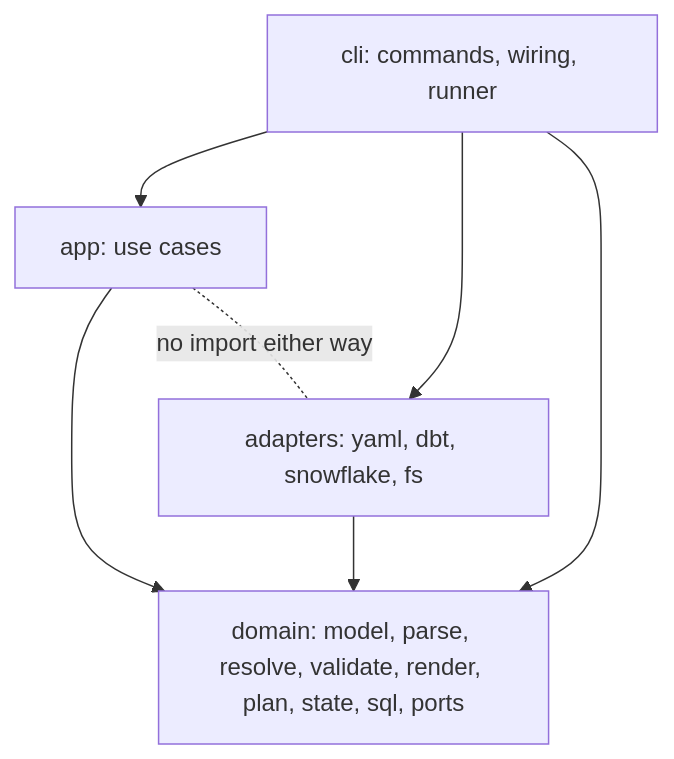
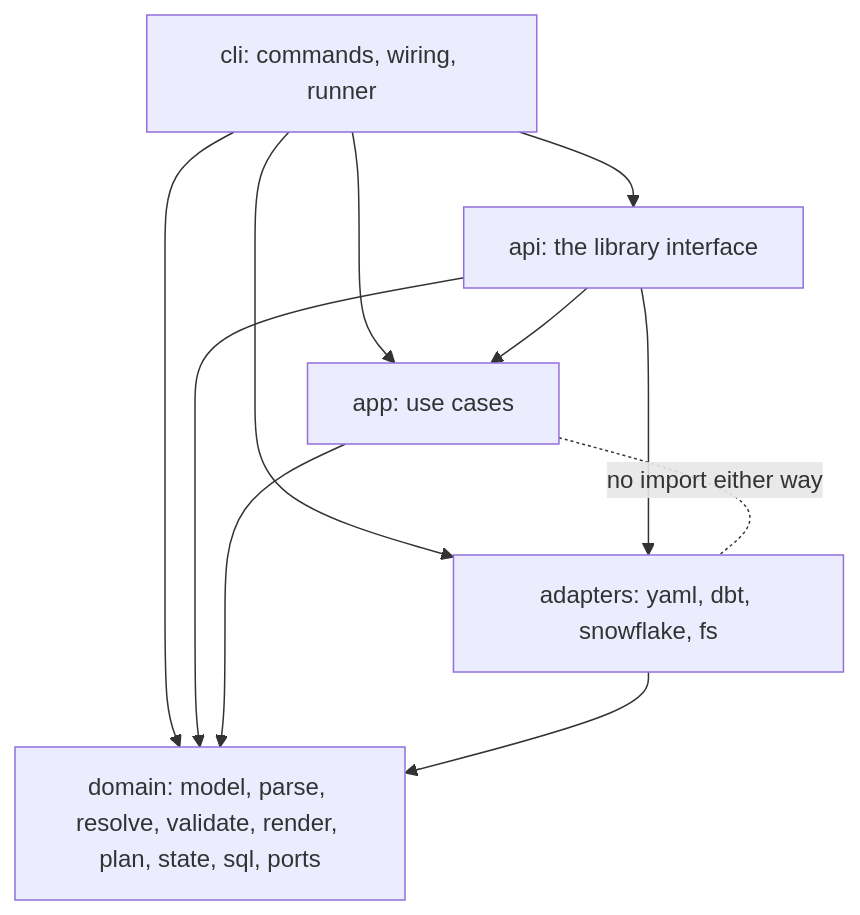
The first of 8 diagrams in docs/design/architecture.md (WhoopInc/snowflake-semantic-tools), drawn with Mermaid before and after one commit. The commit also changed other lines of this file and 14 other files, not shown here.

First line of the commit message:
Add snowflake_semantic_tools.api, a library interface over a loaded project

````diff
--- a/docs/design/architecture.md
+++ b/docs/design/architecture.md
@@ -18,13 +18,18 @@
 ```mermaid
 flowchart TD
     cli["cli: commands, wiring, runner"]
+    api["api: the library interface"]
     app["app: use cases"]
     adapters["adapters: yaml, dbt, snowflake, fs"]
     domain["domain: model, parse, resolve, validate, render, plan, state, sql, ports"]
+    cli --> api
     cli --> app
     cli --> adapters
     cli --> domain
+    api --> app
+    api --> adapters
+    api --> domain
     app --> domain
     adapters --> domain
     app -.-|"no import either way"| adapters
 ```
````
